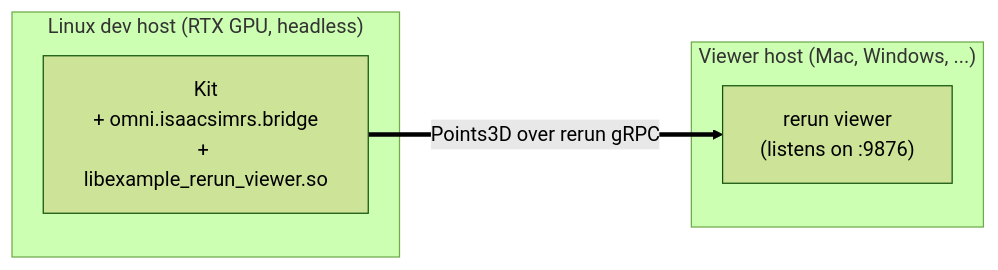
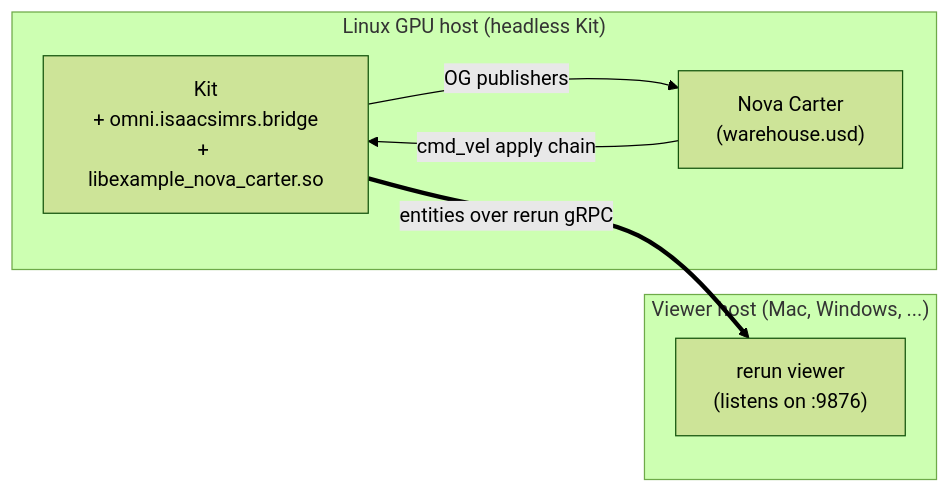
The diagram in examples/nova-carter/README.md (AstroRoboticsTech/isaac-sim-rs), drawn with Mermaid (forest theme) before and after one commit. The commit also changed other lines of this file and 8 other files, not shown here.

Commit message:
feat(nova-carter): rename example rerun viewer to nova-carter and enhance demo functionality

````diff
--- a/examples/nova-carter/README.md
+++ b/examples/nova-carter/README.md
@@ -7,10 +9,13 @@
 ```mermaid
 flowchart LR
-    subgraph linux["Linux dev host (RTX GPU, headless)"]
-        Kit["Kit<br/>+ omni.isaacsimrs.bridge<br/>+ libexample_rerun_viewer.so"]
+    subgraph linux["Linux GPU host (headless Kit)"]
+        Kit["Kit<br/>+ omni.isaacsimrs.bridge<br/>+ libexample_nova_carter.so"]
+        Carter["Nova Carter<br/>(warehouse.usd)"]
+        Kit -->|OG publishers| Carter
+        Carter -->|cmd_vel apply chain| Kit
     end
     subgraph viewer["Viewer host (Mac, Windows, ...)"]
         Viewer["rerun viewer<br/>(listens on :9876)"]
     end
-    Kit ==Points3D over rerun gRPC==> Viewer
+    Kit ==entities over rerun gRPC==> Viewer
 ```
````
